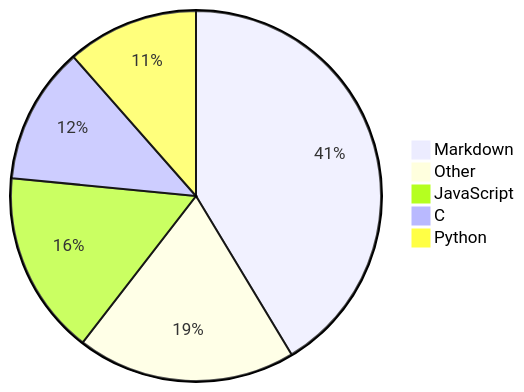
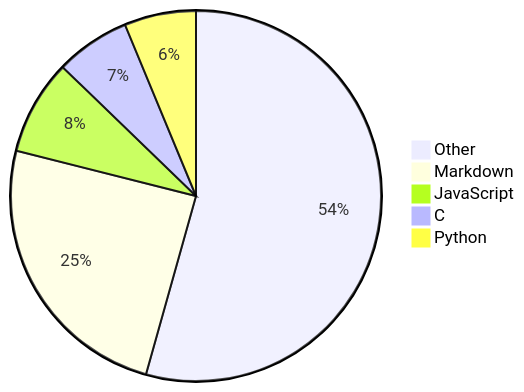
Before and after one commit to Alicia111/alicia111: the diagram in README.md, drawn with Mermaid.

Commit message:
Update WakaTime stats (・ω・)b

````diff
--- a/README.md
+++ b/README.md
@@ -32,8 +32,8 @@
 ```mermaid
 pie
-    "Markdown" : 40.21
-    "Other" : 18.58
-    "JavaScript" : 15.61
-    "C" : 11.64
-    "Python" : 11.17
+    "Other" : 53.52
+    "Markdown" : 24.2
+    "JavaScript" : 8.17
+    "C" : 6.42
+    "Python" : 6.16
 ```
````
